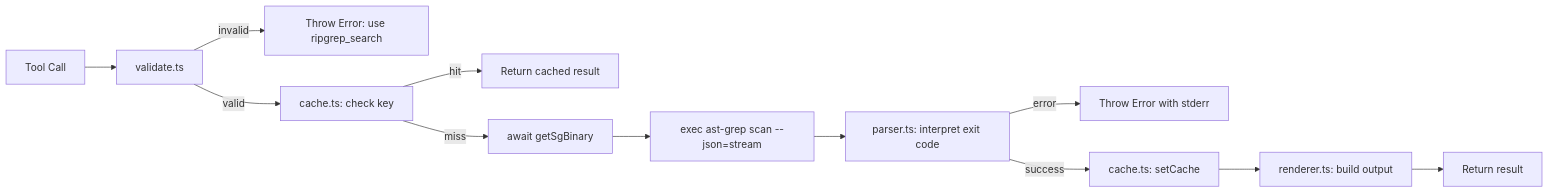
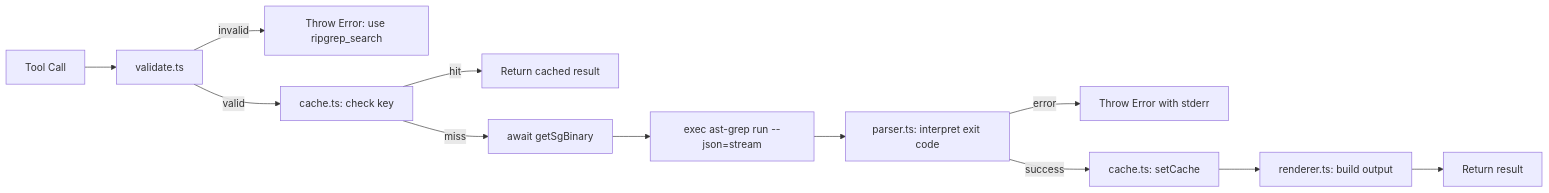
One commit to SchneiderDaniel/cheasee-pi changed the diagram in .pi/extensions/structural-analyzer/README.md. Above: the diagram before and after it, drawn with Mermaid. The commit also changed other lines of this file and 3 other files, not shown here.

Commit message:
feat(#1066): [Bug] structural-analyzer: uses 'ast-grep scan --pattern' but ast-grep 0.43 requires 'ast-grep run --pattern'

````diff
--- a/.pi/extensions/structural-analyzer/README.md
+++ b/.pi/extensions/structural-analyzer/README.md
@@ -99,14 +99,14 @@
 ```mermaid
 flowchart LR
     A[Tool Call] --> B[validate.ts]
     B -- invalid --> C[Throw Error: use ripgrep_search]
     B -- valid --> D[cache.ts: check key]
     D -- hit --> E[Return cached result]
     D -- miss --> F[await getSgBinary]
-    F --> G[exec ast-grep scan --json=stream]
+    F --> G[exec ast-grep run --json=stream]
     G --> H[parser.ts: interpret exit code]
     H -- error --> I[Throw Error with stderr]
     H -- success --> J[cache.ts: setCache]
     J --> K[renderer.ts: build output]
     K --> L[Return result]
 ```
````
